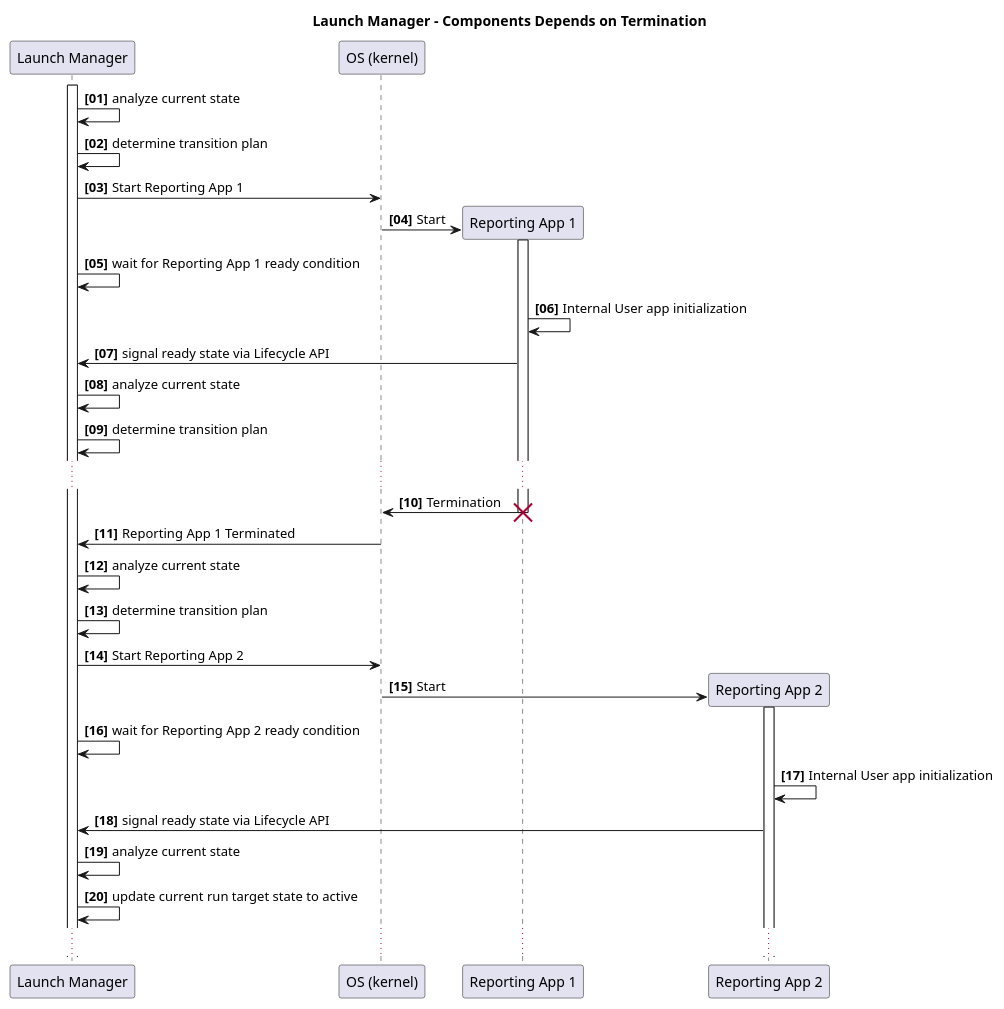
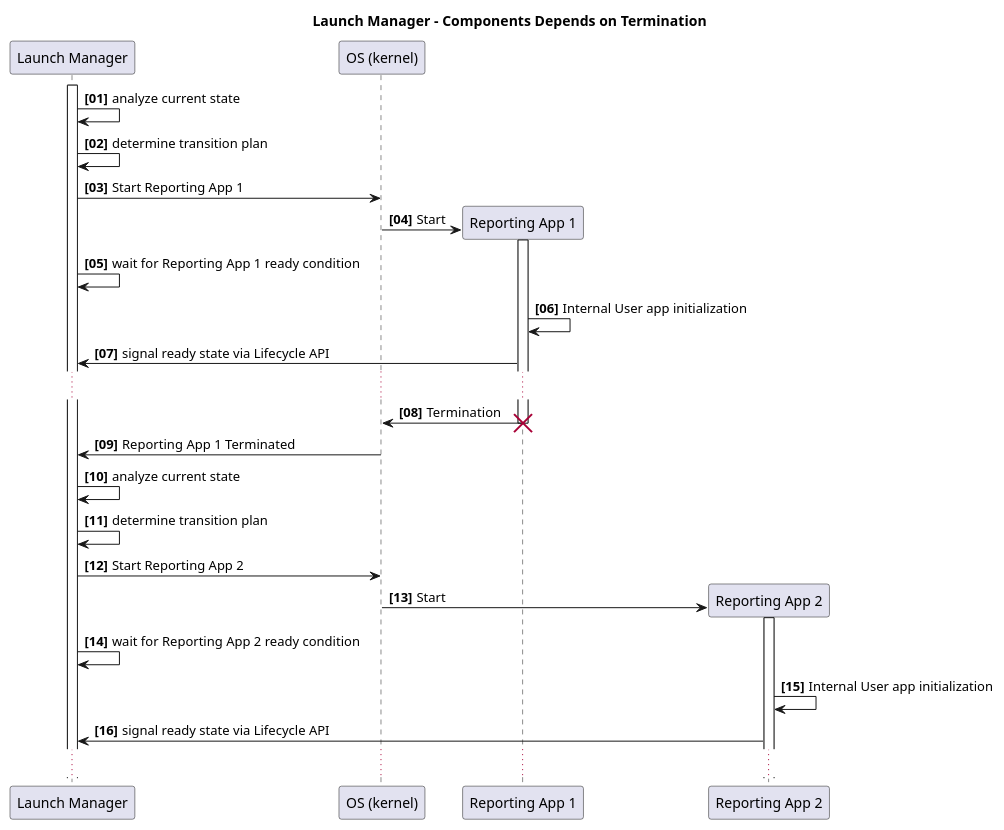
One commit to eclipse-score/lifecycle changed the diagram in docs/features/lifecycle/architecture/_assets/launch_manager_terminate_dep.puml. Above: the diagram before and after it, drawn with PlantUML. The commit also changed 7 other files, not shown here.

```diff
--- a/docs/features/lifecycle/architecture/_assets/launch_manager_terminate_dep.puml
+++ b/docs/features/lifecycle/architecture/_assets/launch_manager_terminate_dep.puml
@@ -14,46 +14,39 @@
 @startuml
 title Launch Manager - Components Depends on Termination
 
 autonumber "<b>[00]"
 
 participant "Launch Manager" as LM
 participant "OS (kernel)" as kernel
 participant "Reporting App 1" as app1
 participant "Reporting App 2" as app2
 activate LM
 
 LM -> LM: analyze current state
 LM -> LM: determine transition plan
 
 LM -> kernel: Start Reporting App 1
 kernel -> app1 **: Start
 activate app1
 LM -> LM: wait for Reporting App 1 ready condition
 app1 -> app1: Internal User app initialization
 app1 -> LM: signal ready state via Lifecycle API
 
-LM -> LM: analyze current state
-LM -> LM: determine transition plan
-
 ...
 
 app1 -> kernel: Termination
 destroy app1
 kernel -> LM: Reporting App 1 Terminated
 deactivate app1
 
 LM -> LM: analyze current state
 LM -> LM: determine transition plan
 
 LM -> kernel: Start Reporting App 2
 kernel -> app2 **: Start
 activate app2
 LM -> LM: wait for Reporting App 2 ready condition
 app2 -> app2: Internal User app initialization
 app2 -> LM: signal ready state via Lifecycle API
-
-LM -> LM: analyze current state
-LM -> LM: update current run target state to active
-
 ...
 @enduml
```
